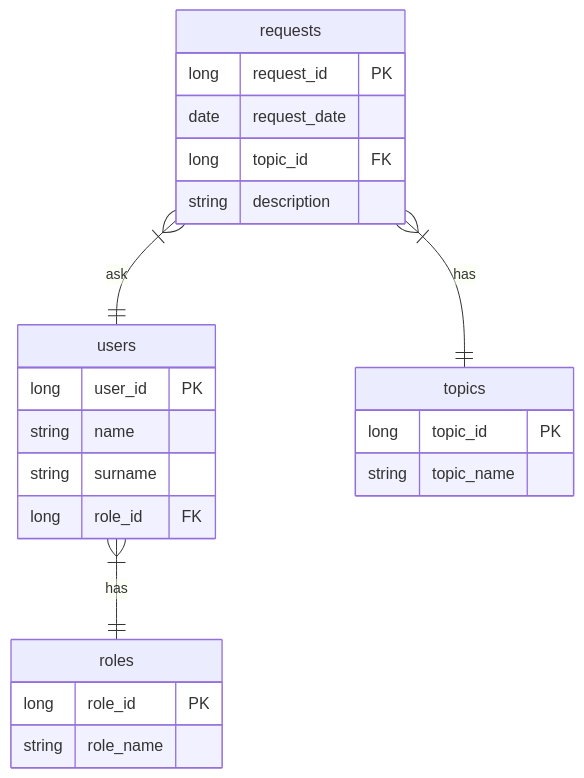
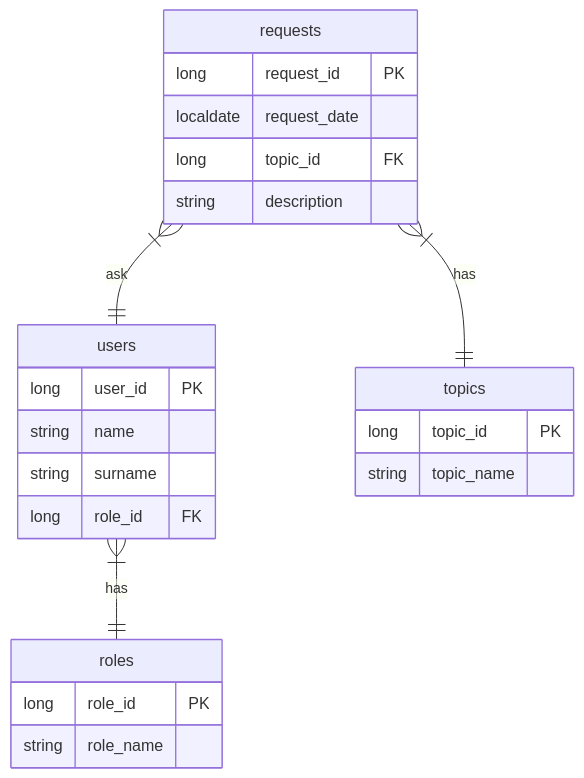
Before and after one commit to dmbiee/project-java-spring-IT_departmentAPI: the diagram in README.md, drawn with Mermaid. The commit also changed 1 other file, not shown here.

Commit message:
feat: add request entity and table in db

````diff
--- a/README.md
+++ b/README.md
@@ -1,31 +1,31 @@
 ```mermaid
     erDiagram
     roles{
         long role_id PK
         string role_name
     }
     
     users {
         long user_id PK
         string name
         string surname
         long role_id FK
     }
     
     requests {
         long request_id PK
-        date request_date
+        localdate request_date
         long topic_id FK
         string description
     }
 
     topics {
         long topic_id PK
         string topic_name
     }
 
     requests }|--|| users : ask
     requests }|--|| topics : has
     users }|--|| roles : has
 
 ```
````
